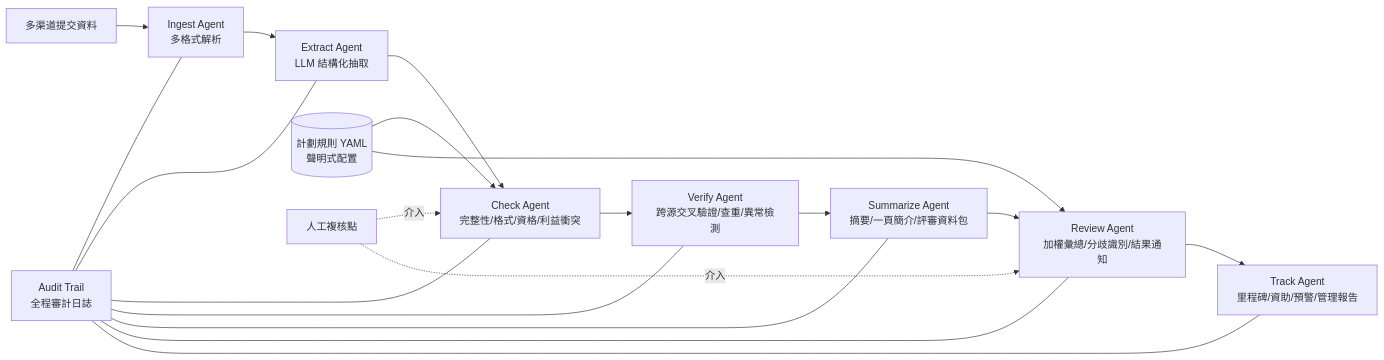
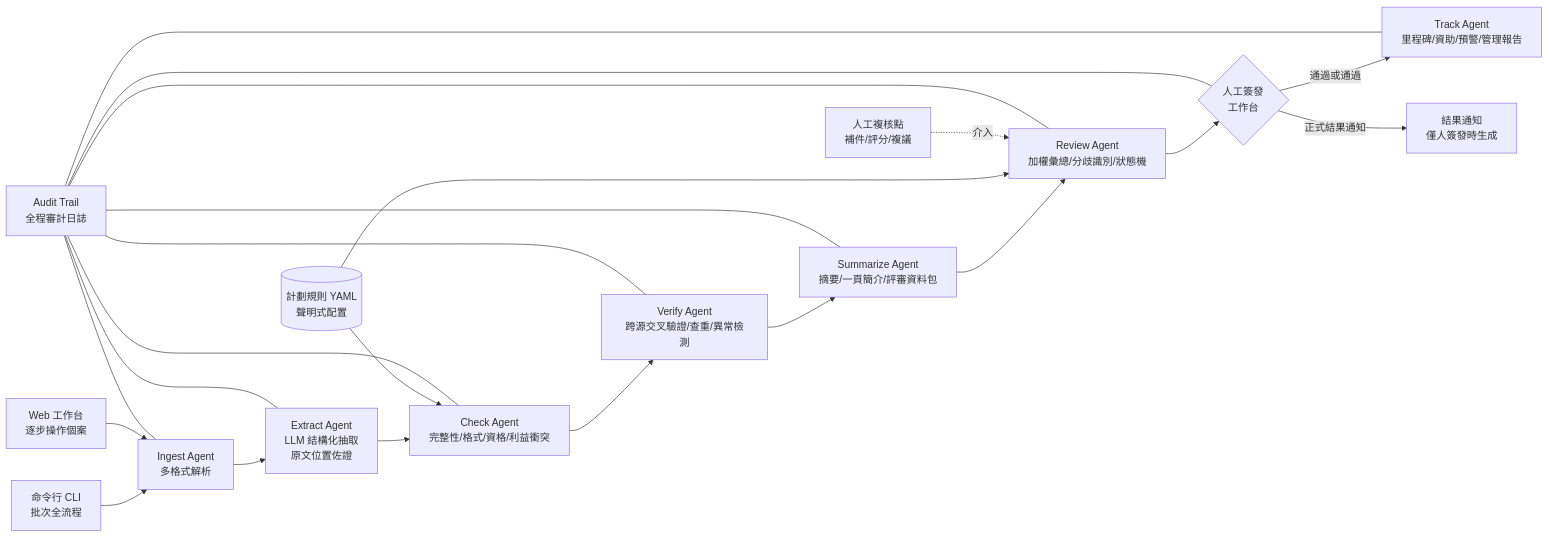
The diagram in README.md (Hkate777/GrantFlow-AI-Agent-Challenge), drawn with Mermaid before and after one commit. The commit also changed other lines of this file and 9 other files, not shown here.

````diff
--- a/README.md
+++ b/README.md
@@ -104,15 +108,17 @@
 ```mermaid
 flowchart LR
-    A[多渠道提交資料] --> B[Ingest Agent<br/>多格式解析]
-    B --> C[Extract Agent<br/>LLM 結構化抽取]
+    ENTRY1[命令行 CLI<br/>批次全流程] --> B
+    ENTRY2[Web 工作台<br/>逐步操作個案] --> B
+    B[Ingest Agent<br/>多格式解析] --> C[Extract Agent<br/>LLM 結構化抽取<br/>原文位置佐證]
     C --> D[Check Agent<br/>完整性/格式/資格/利益衝突]
     D --> E[Verify Agent<br/>跨源交叉驗證/查重/異常檢測]
     E --> F[Summarize Agent<br/>摘要/一頁簡介/評審資料包]
-    F --> G[Review Agent<br/>加權彙總/分歧識別/結果通知]
-    G --> H[Track Agent<br/>里程碑/資助/預警/管理報告]
+    F --> G[Review Agent<br/>加權彙總/分歧識別/狀態機]
+    G --> SIGN{人工簽發<br/>工作台}
+    SIGN -->|通過或通過| H[Track Agent<br/>里程碑/資助/預警/管理報告]
+    SIGN -->|正式結果通知| N[結果通知<br/>僅人簽發時生成]
     I[(計劃規則 YAML<br/>聲明式配置)] --> D
     I --> G
-    J[人工複核點] -.介入.-> D
-    J -.介入.-> G
-    K[Audit Trail<br/>全程審計日誌] --- B & C & D & E & F & G & H
+    J[人工複核點<br/>補件/評分/複議] -.介入.-> G
+    K[Audit Trail<br/>全程審計日誌] --- B & C & D & E & F & G & SIGN & H
 ```
````
